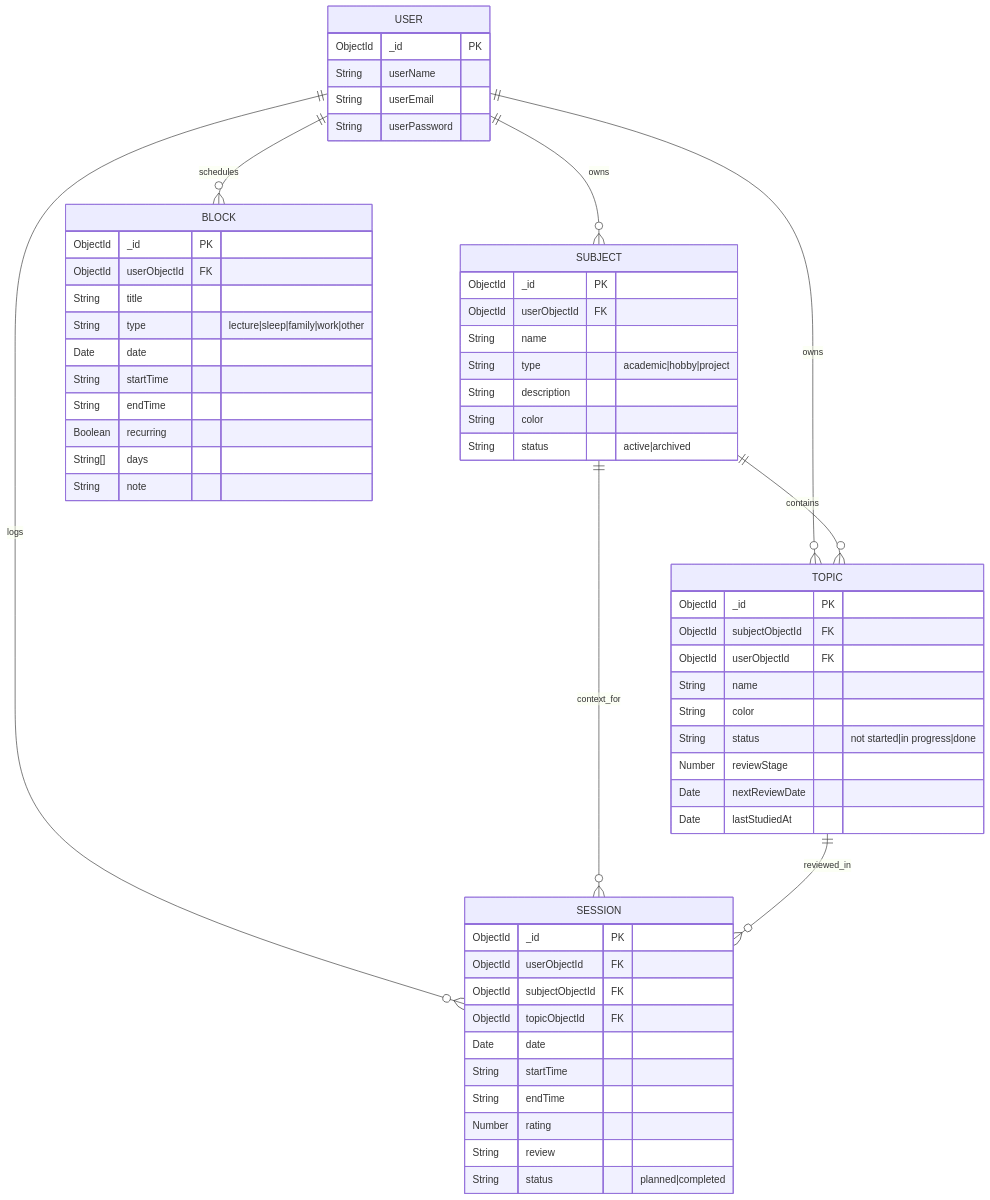
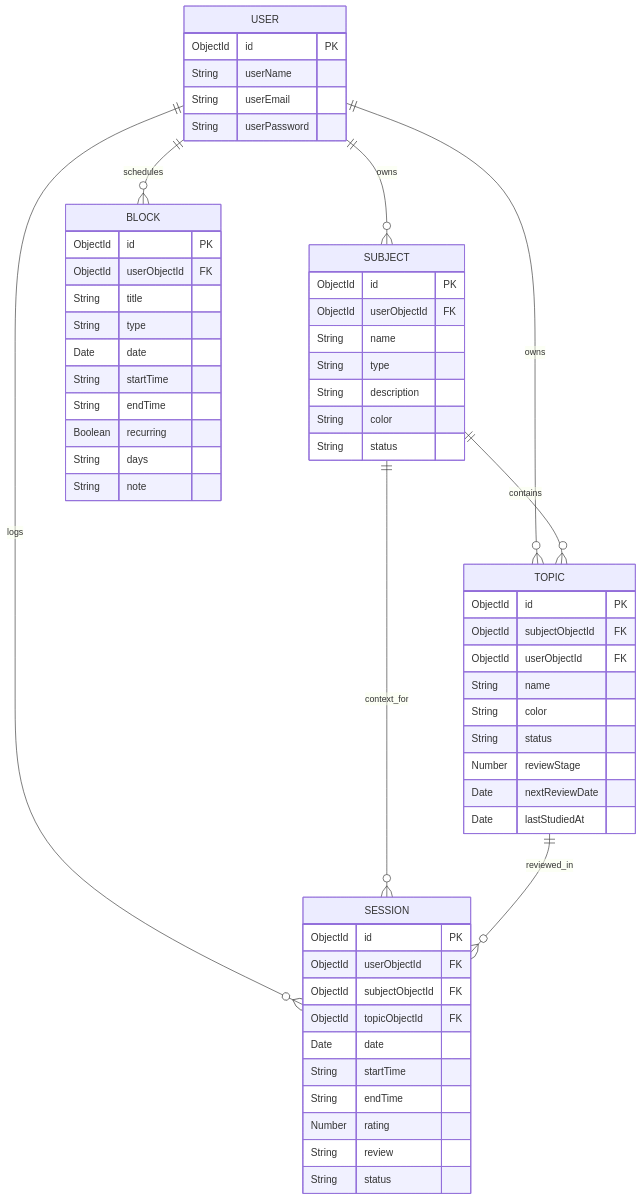
Before and after one commit to Naveen-nm27/SunsetStudy: the second of 3 diagrams in README.md, drawn with Mermaid. The commit also changed other lines of this file, not shown here.

Commit message:
update README to reflect changes in data model, including renaming fields and clarifying enum values for subjects, topics, blocks, and sessions

````diff
--- a/README.md
+++ b/README.md
@@ -98,66 +98,66 @@
 ```mermaid
 erDiagram
     USER ||--o{ SUBJECT : owns
     USER ||--o{ TOPIC : owns
     USER ||--o{ BLOCK : schedules
     USER ||--o{ SESSION : logs
 
     SUBJECT ||--o{ TOPIC : contains
     SUBJECT ||--o{ SESSION : context_for
     TOPIC ||--o{ SESSION : reviewed_in
 
     USER {
-        ObjectId _id PK
+        ObjectId id PK
         String userName
         String userEmail
         String userPassword
     }
 
     SUBJECT {
-        ObjectId _id PK
+        ObjectId id PK
         ObjectId userObjectId FK
         String name
-        String type "academic|hobby|project"
+        String type
         String description
         String color
-        String status "active|archived"
+        String status
     }
 
     TOPIC {
-        ObjectId _id PK
+        ObjectId id PK
         ObjectId subjectObjectId FK
         ObjectId userObjectId FK
         String name
         String color
-        String status "not started|in progress|done"
+        String status
         Number reviewStage
         Date nextReviewDate
         Date lastStudiedAt
     }
 
     BLOCK {
-        ObjectId _id PK
+        ObjectId id PK
         ObjectId userObjectId FK
         String title
-        String type "lecture|sleep|family|work|other"
+        String type
         Date date
         String startTime
         String endTime
         Boolean recurring
-        String[] days
+        String days
         String note
     }
 
     SESSION {
-        ObjectId _id PK
+        ObjectId id PK
         ObjectId userObjectId FK
         ObjectId subjectObjectId FK
         ObjectId topicObjectId FK
         Date date
         String startTime
         String endTime
         Number rating
         String review
-        String status "planned|completed"
+        String status
     }
 ```
````
